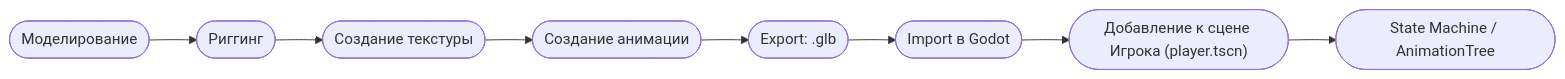
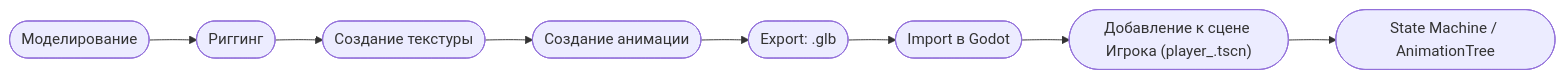
The diagram in docs/design/player/player-design.md (KontsertKishlaka/smash-the-creep), drawn with Mermaid before and after one commit. The commit also changed other lines of this file, not shown here.

Commit message:
docs(player): upd design

````diff
--- a/docs/design/player/player-design.md
+++ b/docs/design/player/player-design.md
@@ -109,10 +63,10 @@
 ```mermaid
 flowchart LR
   A(["Моделирование"]) --> B(["Риггинг"])
   B --> C(["Создание текстуры"])
   C --> D(["Создание анимации"])
   D --> E(["Export: .glb"])
   E --> F(["Import в Godot"])
-  F --> G(["Добавление к сцене Игрока (player.tscn)"])
+  F --> G(["Добавление к сцене Игрока (player_<male/female>.tscn)"])
   G --> H(["State Machine / AnimationTree"])
 ```
````
